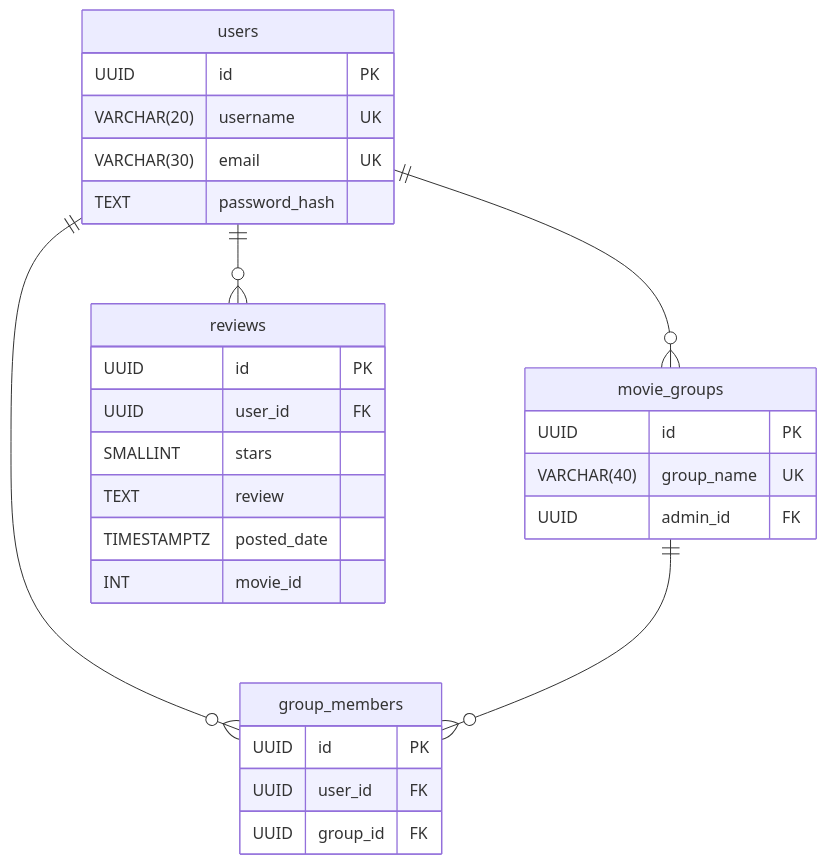
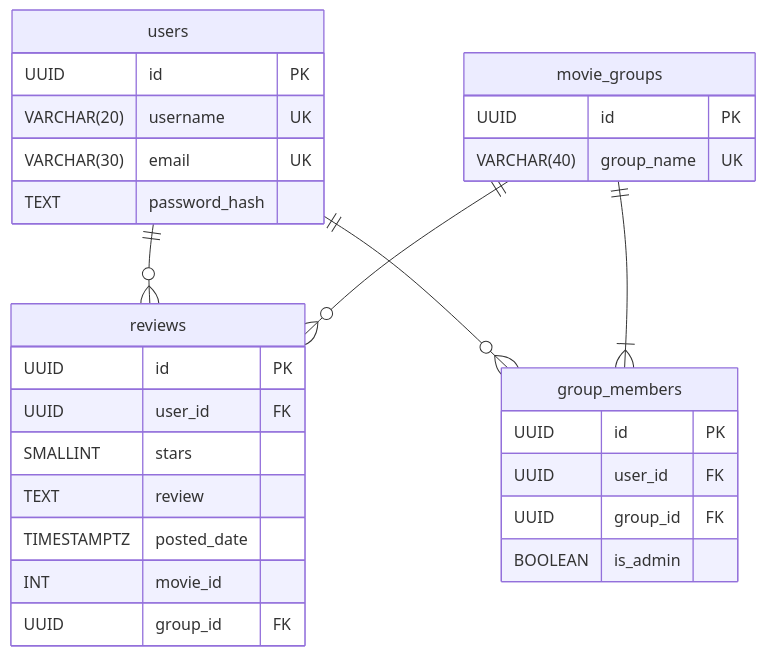
One commit to Takakontti/SG10-Web-ohjelmoinnin-projekti changed the first of 2 diagrams in docs/tekninenmäärittely.md. Above: the diagram before and after it, drawn with Mermaid. The commit also changed 3 other files, not shown here.

````diff
--- a/docs/tekninenmäärittely.md
+++ b/docs/tekninenmäärittely.md
@@ -28,35 +28,36 @@
 ```mermaid
 erDiagram
     users {
         UUID id PK
         VARCHAR(20) username UK
         VARCHAR(30) email UK
         TEXT password_hash
     }
 
     movie_groups {
         UUID id PK
         VARCHAR(40) group_name UK
-        UUID admin_id FK
+    }
+
+    group_members {
+        UUID id PK
+        UUID user_id FK
+        UUID group_id FK
+        BOOLEAN is_admin
     }
 
     reviews {
         UUID id PK
         UUID user_id FK
         SMALLINT stars
         TEXT review
         TIMESTAMPTZ posted_date
         INT movie_id
-    }
-
-    group_members {
-        UUID id PK
-        UUID user_id FK
         UUID group_id FK
     }
 
-    users ||--o{ movie_groups : ""
+    users ||--o{ reviews : ""
     users ||--o{ group_members : ""
-    users ||--o{ reviews : ""
-    movie_groups ||--o{ group_members : ""
+    movie_groups ||--|{ group_members : ""
+    movie_groups ||--o{ reviews : ""
 ```
````
